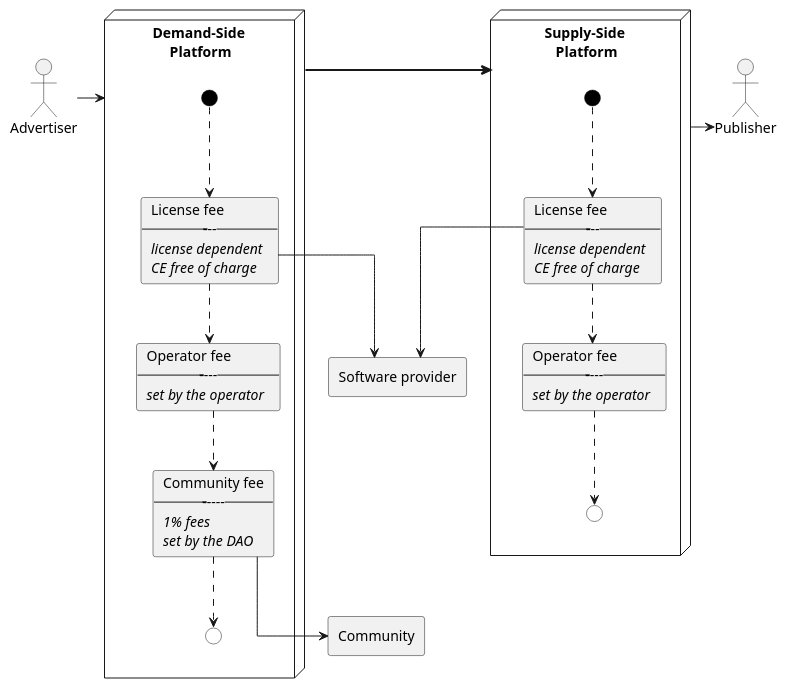
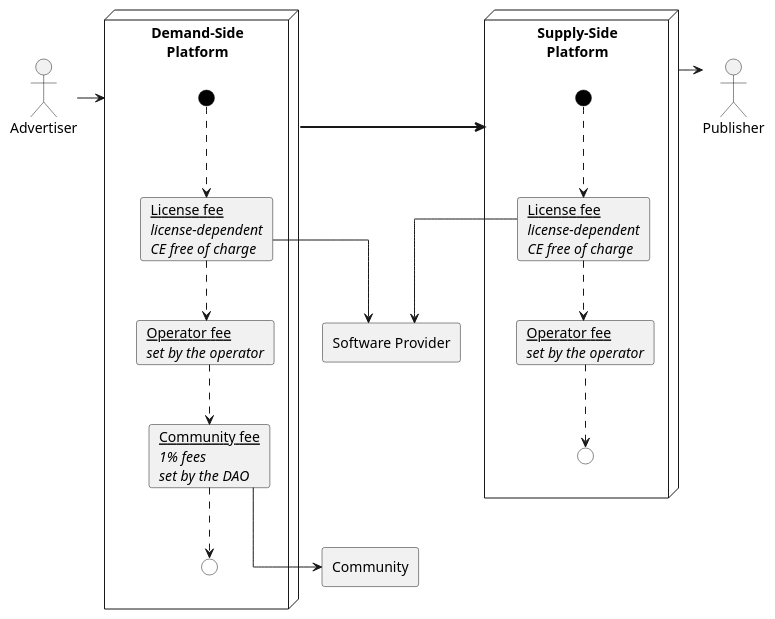
The diagram in protocol/payments/payments_moneyflow.rst (adshares/adshares-docs), drawn with PlantUML before and after one commit. The commit also changed other lines of this file and 2 other files, not shown here.

Commit message:
money flow

```diff
--- a/protocol/payments/payments_moneyflow.rst
+++ b/protocol/payments/payments_moneyflow.rst
@@ -6,66 +8,61 @@
 .. uml::
     :align: center
 
     skinparam monochrome true
     skinparam linetype ortho
 
     actor   "Advertiser"        as advertiser
     actor   "Publisher"         as publisher
-    agent   "Software provider" as provider
+    agent   "Software Provider" as provider
     agent   "Community"         as community
 
-    node "Demand-Side \nPlatform" as DSP {
-        circle  " " as demandIn #black
+    node "Demand-Side\nPlatform" as DSP {
+        circle " " as demandIn #black
         card demandLicenseFee [
-            License fee
-            -----------
-            <i>license dependent
+            <u>License fee
+            <i>license-dependent
             <i>CE free of charge
         ]
         card demandOperatorFee [
-            Operator fee
-            ------------
+            <u>Operator fee
             <i>set by the operator
         ]
         card demandCommunityFee [
-            Community fee
-            -------------
+            <u>Community fee
             <i>1% fees
             <i>set by the DAO
         ]
-        circle  " " as demandOut #white
+        circle " " as demandOut #white
     }
 
-    node "Supply-Side \nPlatform" as SSP {
-        circle  " " as supplyIn #black
+    node "Supply-Side\nPlatform" as SSP {
+        circle " " as supplyIn #black
         card supplyLicenseFee [
-            License fee
-            -----------
-            <i>license dependent
+            <u>License fee
+            <i>license-dependent
             <i>CE free of charge
         ]
         card supplyOperatorFee [
-            Operator fee
-            ------------
+            <u>Operator fee
             <i>set by the operator
         ]
-        circle  " " as supplyOut #white
+        circle " " as supplyOut #white
     }
 
     advertiser -ri-> DSP
 
     demandIn -[dashed]do-> demandLicenseFee
     demandLicenseFee --> provider
     demandLicenseFee -[dashed]do-> demandOperatorFee
     demandOperatorFee -[dashed]do-> demandCommunityFee
     demandCommunityFee --> community
     demandCommunityFee -[dashed]do-> demandOut
 
     DSP -[bold]ri-> SSP
 
     supplyIn -[dashed]do-> supplyLicenseFee
     supplyLicenseFee --> provider
     supplyLicenseFee -[dashed]do-> supplyOperatorFee
     supplyOperatorFee -[dashed]do-> supplyOut
 
     SSP -ri-> publisher
```
